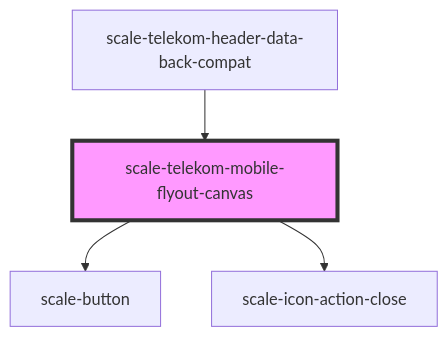
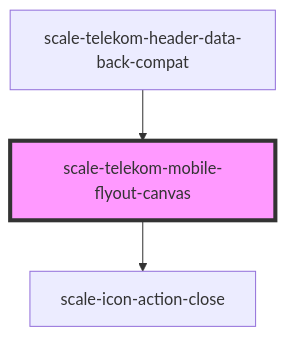
One commit to telekom/scale changed the diagram in packages/components/src/components/telekom/telekom-mobile-flyout-canvas/readme.md. Above: the diagram before and after it, drawn with Mermaid. The commit also changed other lines of this file and 2 other files, not shown here.

Commit message:
chore: run build

````diff
--- a/packages/components/src/components/telekom/telekom-mobile-flyout-canvas/readme.md
+++ b/packages/components/src/components/telekom/telekom-mobile-flyout-canvas/readme.md
@@ -50,7 +49,6 @@
 ```mermaid
 graph TD;
-  scale-telekom-mobile-flyout-canvas --> scale-button
   scale-telekom-mobile-flyout-canvas --> scale-icon-action-close
   scale-telekom-header-data-back-compat --> scale-telekom-mobile-flyout-canvas
   style scale-telekom-mobile-flyout-canvas fill:#f9f,stroke:#333,stroke-width:4px
 ```
````
